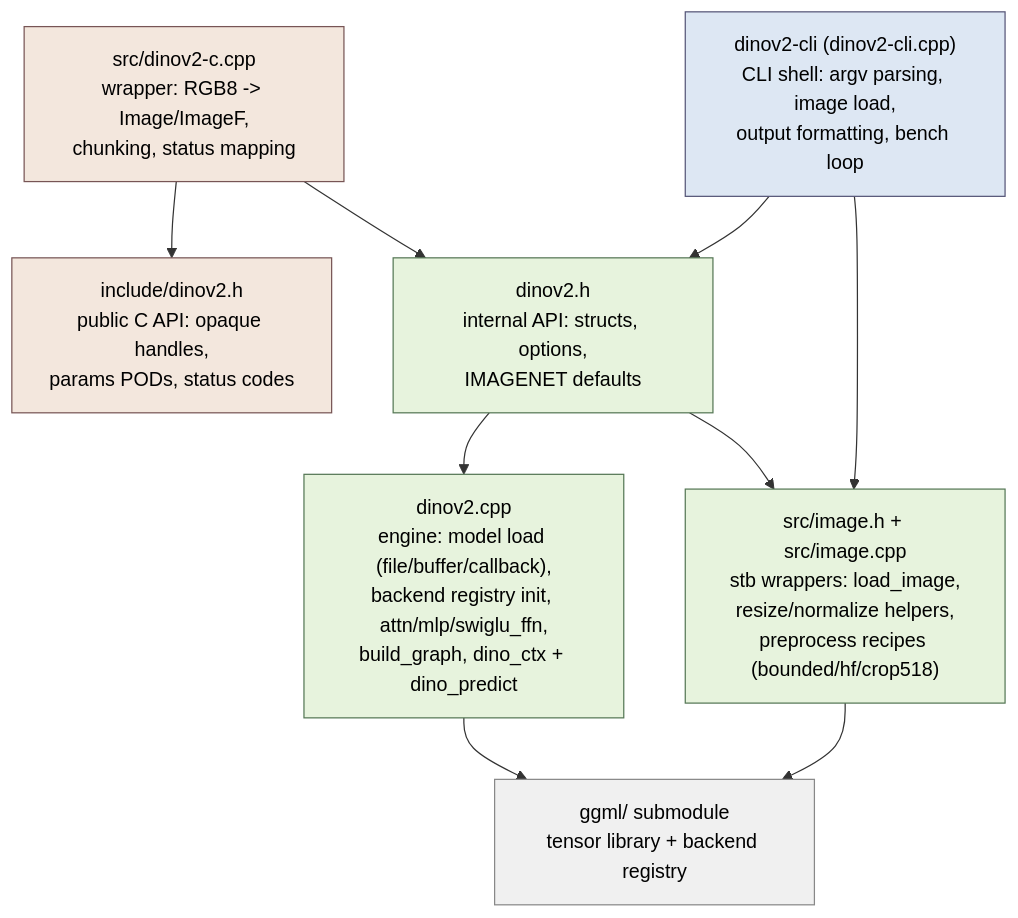
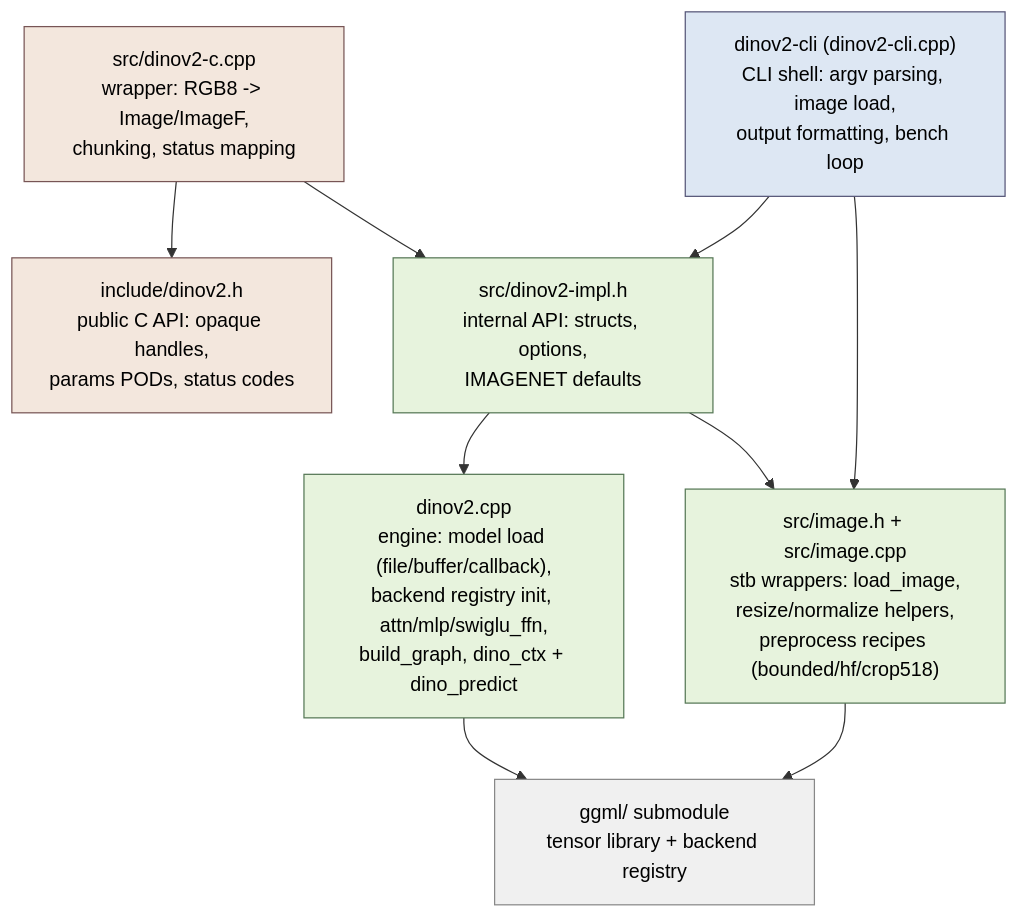
One commit to espetro/dinov2.cpp changed the first of 4 diagrams in ARCHITECTURE.md. Above: the diagram before and after it, drawn with Mermaid. The commit also changed other lines of this file and 8 other files, not shown here.

First line of the commit message:
refactor: move internal header to src/dinov2-impl.h

````diff
--- a/ARCHITECTURE.md
+++ b/ARCHITECTURE.md
@@ -24,28 +24,28 @@
 ```mermaid
 graph TD
     A["dinov2-cli (dinov2-cli.cpp)<br/>CLI shell: argv parsing, image load,<br/>output formatting, bench loop"]
     P["include/dinov2.h<br/>public C API: opaque handles,<br/>params PODs, status codes"]
     W["src/dinov2-c.cpp<br/>wrapper: RGB8 -> Image/ImageF,<br/>chunking, status mapping"]
-    B["dinov2.h<br/>internal API: structs, options,<br/>IMAGENET defaults"]
+    B["src/dinov2-impl.h<br/>internal API: structs, options,<br/>IMAGENET defaults"]
     C["dinov2.cpp<br/>engine: model load (file/buffer/callback),<br/>backend registry init, attn/mlp/swiglu_ffn,<br/>build_graph, dino_ctx + dino_predict"]
     D["src/image.h + src/image.cpp<br/>stb wrappers: load_image,<br/>resize/normalize helpers,<br/>preprocess recipes (bounded/hf/crop518)"]
     E["ggml/ submodule<br/>tensor library + backend registry"]
 
     A --> B
     A --> D
     W --> P
     W --> B
     B --> C
     B --> D
     C --> E
     D --> E
 
     classDef cli    fill:#dde7f3,stroke:#557,color:#000;
     classDef api    fill:#f3e7dd,stroke:#755,color:#000;
     classDef impl   fill:#e7f3dd,stroke:#575,color:#000;
     classDef vend   fill:#f0f0f0,stroke:#888,color:#000;
     class A cli
     class P,W api
     class B,C,D impl
     class E vend
 ```
````
